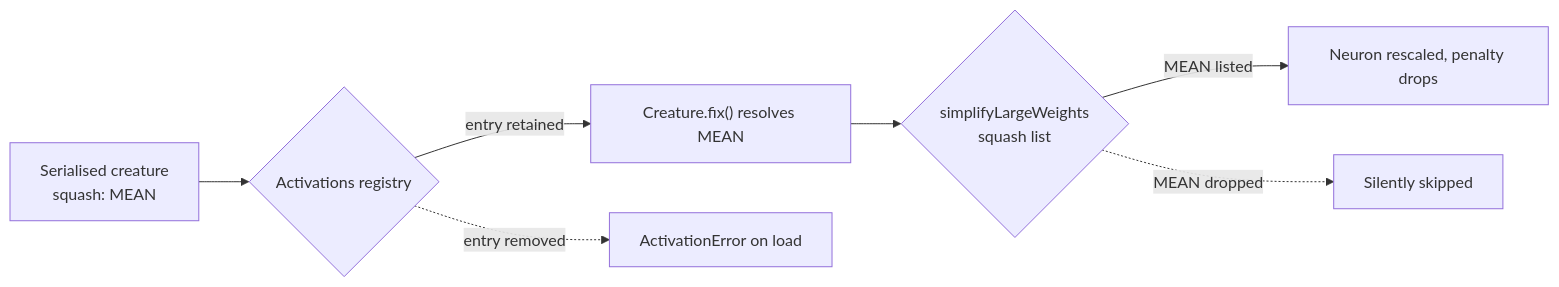
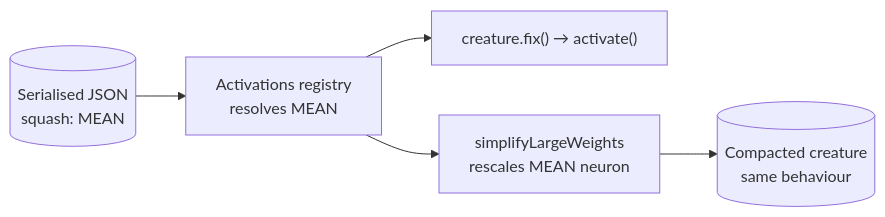
Before and after one commit to stSoftwareAU/NEAT-AI: the diagram in docs/archive/pr-summaries/pr-summary-3448.md, drawn with Mermaid. The commit also changed other lines of this file, not shown here.

````diff
--- a/docs/archive/pr-summaries/pr-summary-3448.md
+++ b/docs/archive/pr-summaries/pr-summary-3448.md
@@ -38,9 +44,7 @@
 ```mermaid
 flowchart LR
-    A[Serialised creature<br/>squash: MEAN] --> B{Activations registry}
-    B -->|entry retained| C["Creature.fix() resolves MEAN"]
-    B -.->|entry removed| D[ActivationError on load]
-    C --> E{simplifyLargeWeights<br/>squash list}
-    E -->|MEAN listed| F[Neuron rescaled, penalty drops]
-    E -.->|MEAN dropped| G[Silently skipped]
+    J[(Serialised JSON<br/>squash: MEAN)] --> R[Activations registry<br/>resolves MEAN]
+    R --> A["creature.fix() → activate()"]
+    R --> C["simplifyLargeWeights<br/>rescales MEAN neuron"]
+    C --> K[(Compacted creature<br/>same behaviour)]
 ```
````
